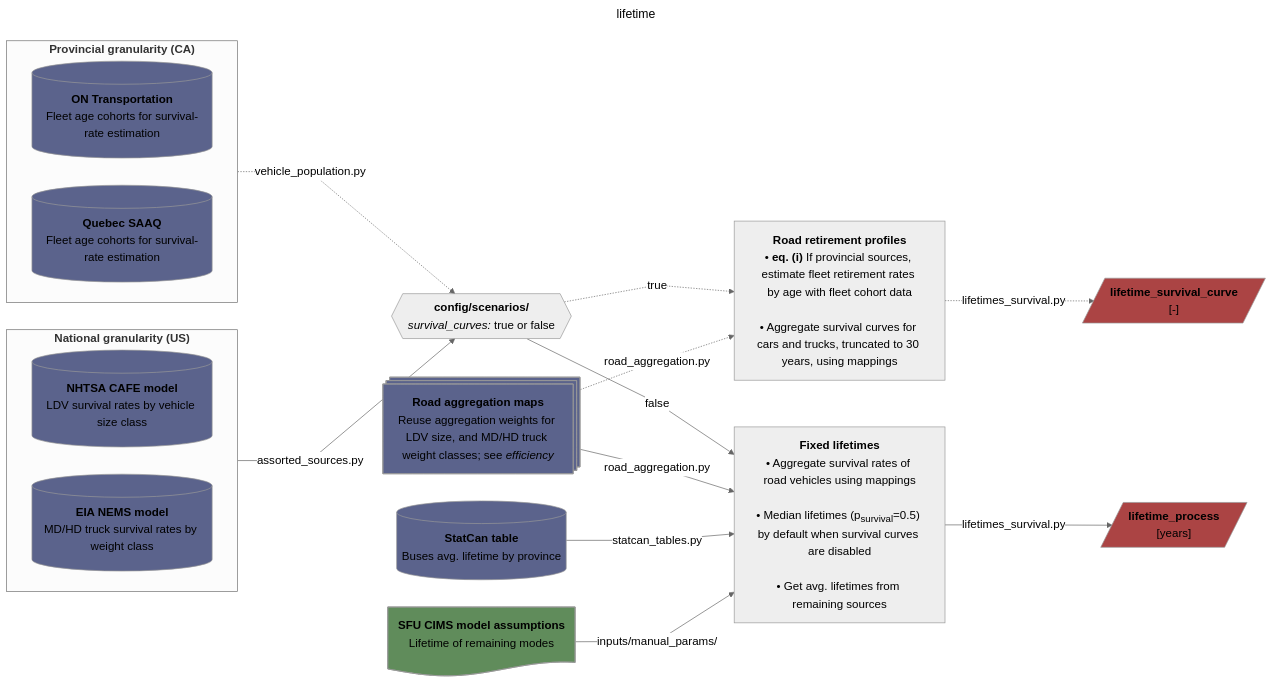
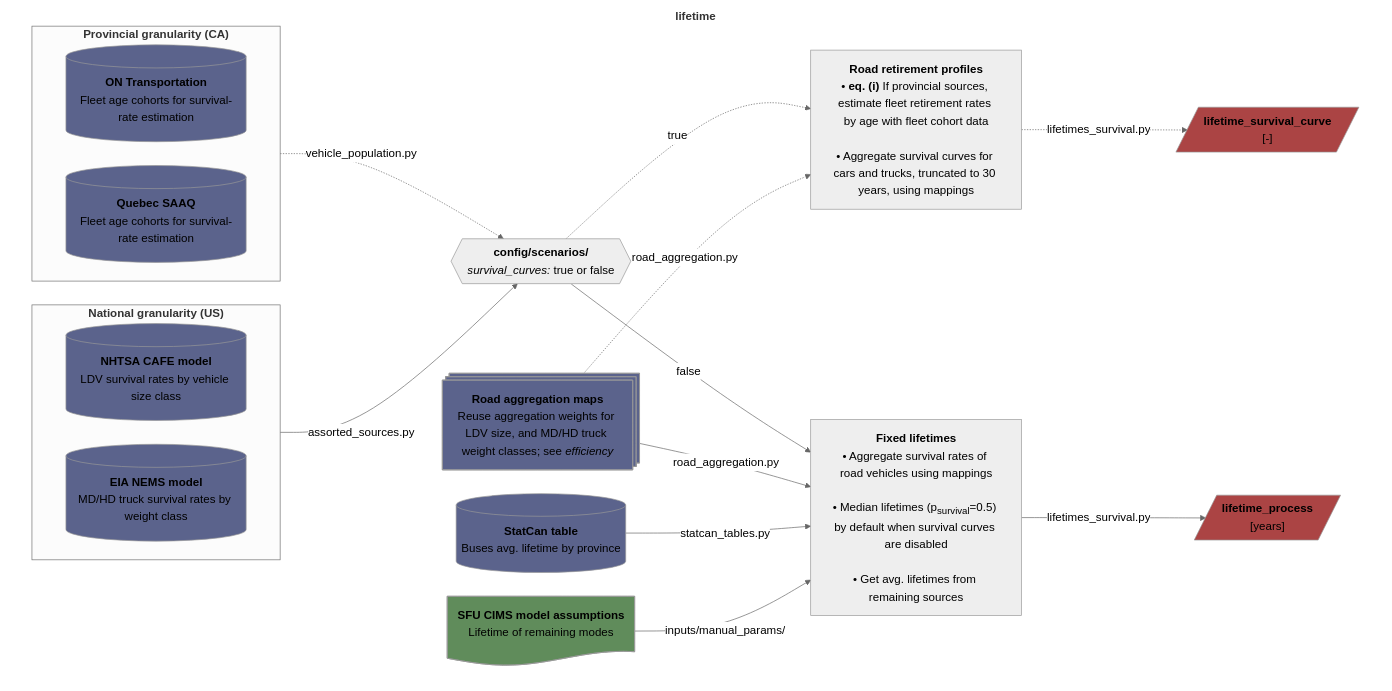
Before and after one commit to CANOE-main/canoe-transportation: the sixth of 9 diagrams in README.md, drawn with Mermaid. The commit also changed other lines of this file and 4 other files, not shown here.

Commit message:
Fixed README.md flowcharts' background and reverted utils/ into utils.py, - enclosed all diagrams inside a blank subgraph to always render a white background

````diff
--- a/README.md
+++ b/README.md
@@ -390,66 +399,69 @@
 ```mermaid
 ---
-title: lifetime
 config:
   layout: dagre
   theme: neutral
   themeVariables:
     fontSize: 17px
   flowchart:
-    nodeSpacing: 40
+    nodeSpacing: 35
     rankSpacing: 50
     wrappingWidth: 250
-    curve: linear
+    curve: curve
 ---
 flowchart LR
+  subgraph canvas["`**lifetime**`"]
+  direction LR
   %% --- Sources ---
   subgraph national["`**National granularity (US)**`"]
     direction LR
     s2[("`**NHTSA CAFE model**<br>LDV survival rates by vehicle size class`")]
     s3[("`**EIA NEMS model**<br>MD/HD truck survival rates by weight class`")]
   end
   subgraph provincial["`**Provincial granularity (CA)**`"]
     direction LR
     s0[("`**ON Transportation**<br>Fleet age cohorts for survival-rate estimation`")]
     s1[("`**Quebec SAAQ**<br>Fleet age cohorts for survival-rate estimation`")]
   end
 
   %% --- Processes ---
   p1@{shape: hex, label: "**config/scenarios/**<br>*survival_curves:* true or false"}
   provincial -. "vehicle_population.py" .-> p1
   national -- assorted_sources.py --> p1
   
   s6@{shape: processes, label: "**Road aggregation maps**<br>Reuse aggregation weights for LDV size, and MD/HD truck weight classes; see *efficiency*"}
   s4[("`**StatCan table**<br>Buses avg. lifetime by province`")]
   s5@{shape: doc, label: "**SFU CIMS model assumptions**<br>Lifetime of remaining modes"}
 
   p2["`**Road retirement profiles**<br>• **eq. (i)** If provincial sources, estimate fleet retirement rates by age with fleet cohort data<br><br>• Aggregate survival curves for cars and trucks, truncated to 30 years, using mappings`"]
   p1 -. true .-> p2
   s6 -. "road_aggregation.py" .-> p2
   
   p3["`**Fixed lifetimes**<br>• Aggregate survival rates of road vehicles using mappings<br><br>• Median lifetimes (p<sub>survival</sub>=0.5) by default when survival curves are disabled<br><br>• Get avg. lifetimes from remaining sources`"]
   p1 -- false --> p3
   s6 -- road_aggregation.py --> p3
   s4 -- statcan_tables.py --> p3
   s5 -- inputs/manual_params/ --> p3
 
   p2 -. "lifetimes_survival.py" .-> o1[/"`**lifetime_survival_curve**<br>[-]`"/]
   p3 -- lifetimes_survival.py --> o2[/"`**lifetime_process**<br>[years]`"/]
+  end
 
   %% --- Styling ---
+  style canvas fill:#ffffff,stroke:#ffffff
   classDef database fill:#5b638c
   classDef doc fill:#608c5b
   classDef output fill:#ab4444
 
   class s0,s1,s2,s3,s4,s6 database;
   class s5 doc;
   class o1,o2 output;
 
   %% --- Hyperlinks ---
   click s0 "https://data.ontario.ca/dataset/vehicle-population-data"
   click s1 "https://www.donneesquebec.ca/recherche/dataset/vehicules-en-circulation"
   click s2 "https://www.nhtsa.gov/file-downloads?p=nhtsa/downloads/CAFE/2024-FRM-LD-2b3-2027-2035/Central-Analysis/"
   click s3 "https://github.com/EIAgov/NEMS/blob/main/input/tdm/trnhdvx.xlsx"
   click s4 "https://doi.org/10.25318/3410025401-eng"
   click s5 "https://github.com/EMRG-SFU/cims-models/tree/main/sources/sectors"
 ```
````
